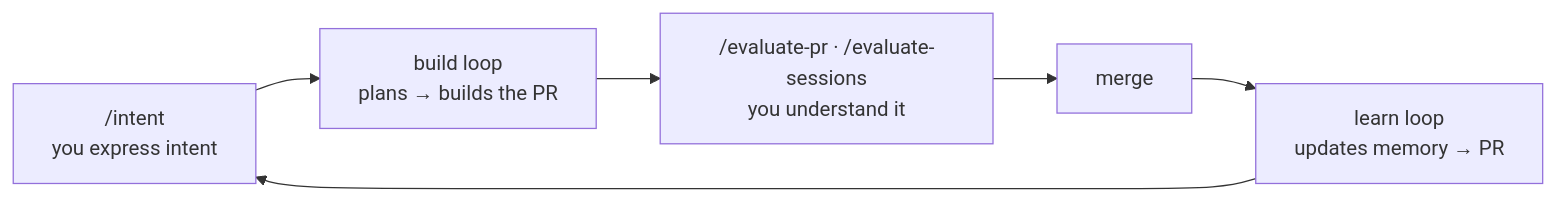
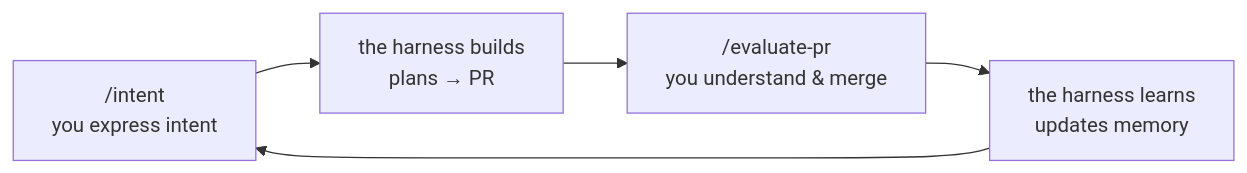
Before and after one commit to capitalone/context-specs: the second of 2 diagrams in README.md, drawn with Mermaid. The commit also changed other lines of this file and 29 other files, not shown here.

````diff
--- a/README.md
+++ b/README.md
@@ -51,8 +75,7 @@
 ```mermaid
 flowchart LR
-  Intent["/intent\nyou express intent"] --> Build["build loop\nplans → builds the PR"]
-  Build --> Eval["/evaluate-pr · /evaluate-sessions\nyou understand it"]
-  Eval --> Merge["merge"]
-  Merge --> Learn["learn loop\nupdates memory → PR"]
+  Intent["/intent\nyou express intent"] --> Build["the harness builds\nplans → PR"]
+  Build --> Eval["/evaluate-pr\nyou understand & merge"]
+  Eval --> Learn["the harness learns\nupdates memory"]
   Learn --> Intent
 ```
````
